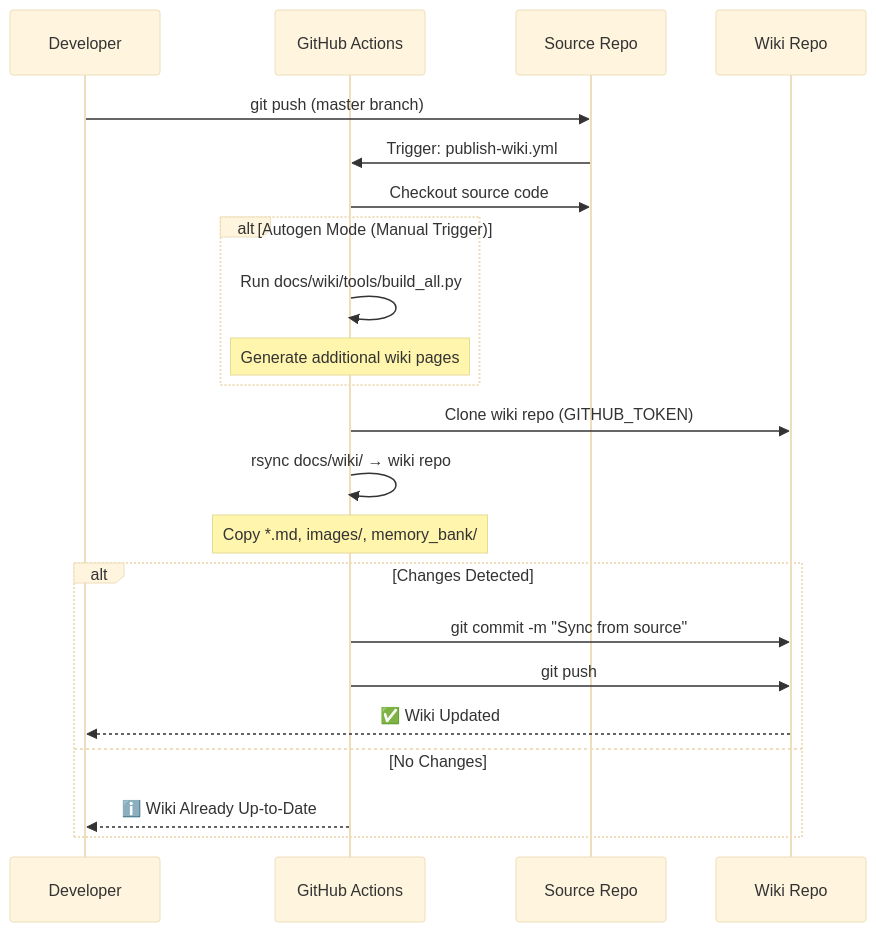
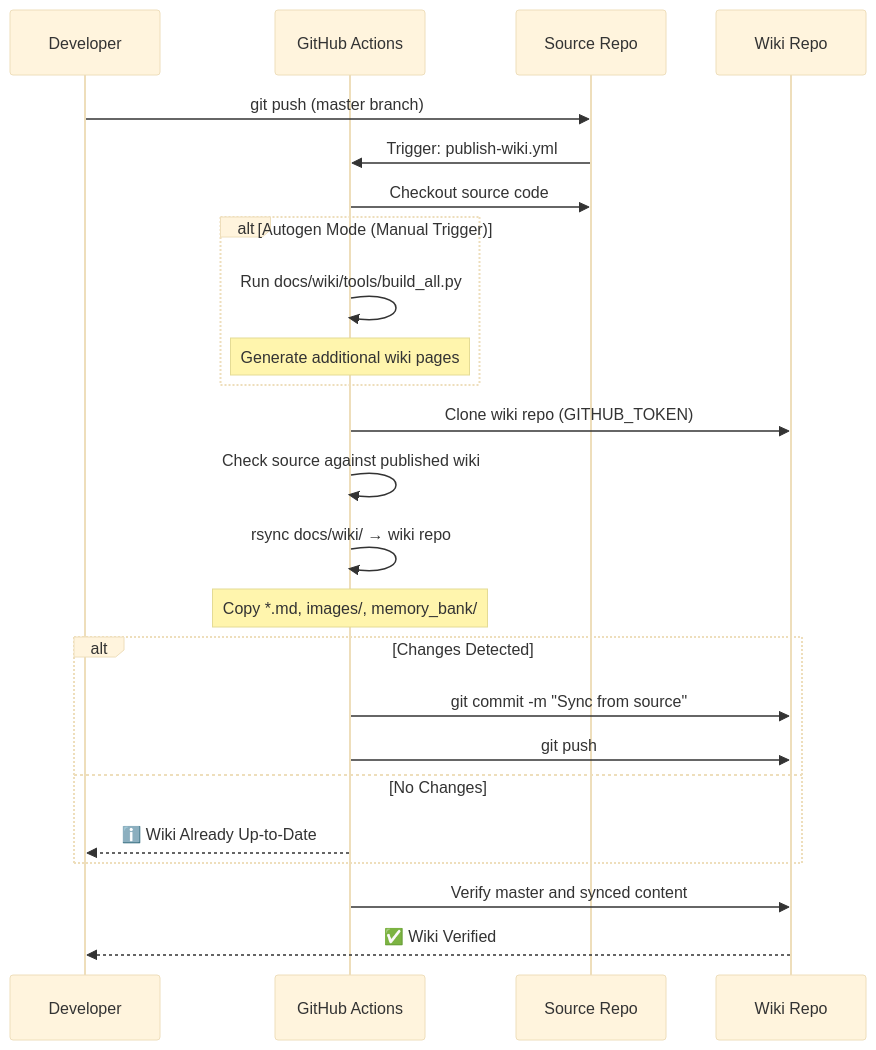
Before and after one commit to seadogger-tech/seadogger-homelab: the second of 5 diagrams in docs/wiki/15-CI-CD-and-GitHub-Actions.md, drawn with Mermaid (base theme). The commit also changed other lines of this file and 5 other files, not shown here.

Commit message:
ci(core): guard and verify wiki publication

````diff
--- a/docs/wiki/15-CI-CD-and-GitHub-Actions.md
+++ b/docs/wiki/15-CI-CD-and-GitHub-Actions.md
@@ -118,28 +118,30 @@
 ```mermaid
 sequenceDiagram
     participant Dev as Developer
     participant GH as GitHub Actions
     participant Source as Source Repo
     participant Wiki as Wiki Repo
 
     Dev->>Source: git push (master branch)
     Source->>GH: Trigger: publish-wiki.yml
     GH->>Source: Checkout source code
 
     alt Autogen Mode (Manual Trigger)
         GH->>GH: Run docs/wiki/tools/build_all.py
         Note over GH: Generate additional wiki pages
     end
 
     GH->>Wiki: Clone wiki repo (GITHUB_TOKEN)
+    GH->>GH: Check source against published wiki
     GH->>GH: rsync docs/wiki/ → wiki repo
     Note over GH: Copy *.md, images/, memory_bank/
 
     alt Changes Detected
         GH->>Wiki: git commit -m "Sync from source"
         GH->>Wiki: git push
-        Wiki-->>Dev: ✅ Wiki Updated
     else No Changes
         GH-->>Dev: ℹ️ Wiki Already Up-to-Date
     end
+    GH->>Wiki: Verify master and synced content
+    Wiki-->>Dev: ✅ Wiki Verified
 ```
````
